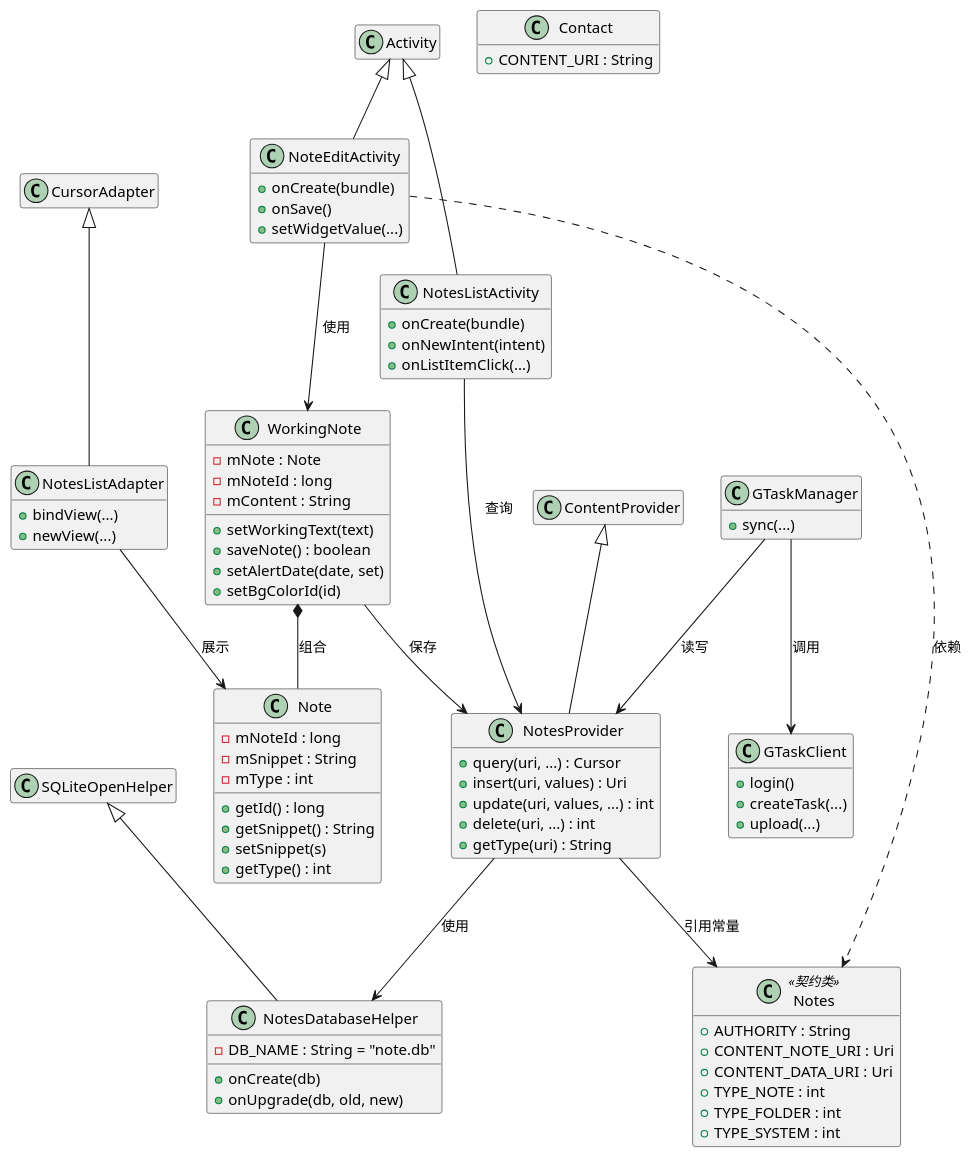
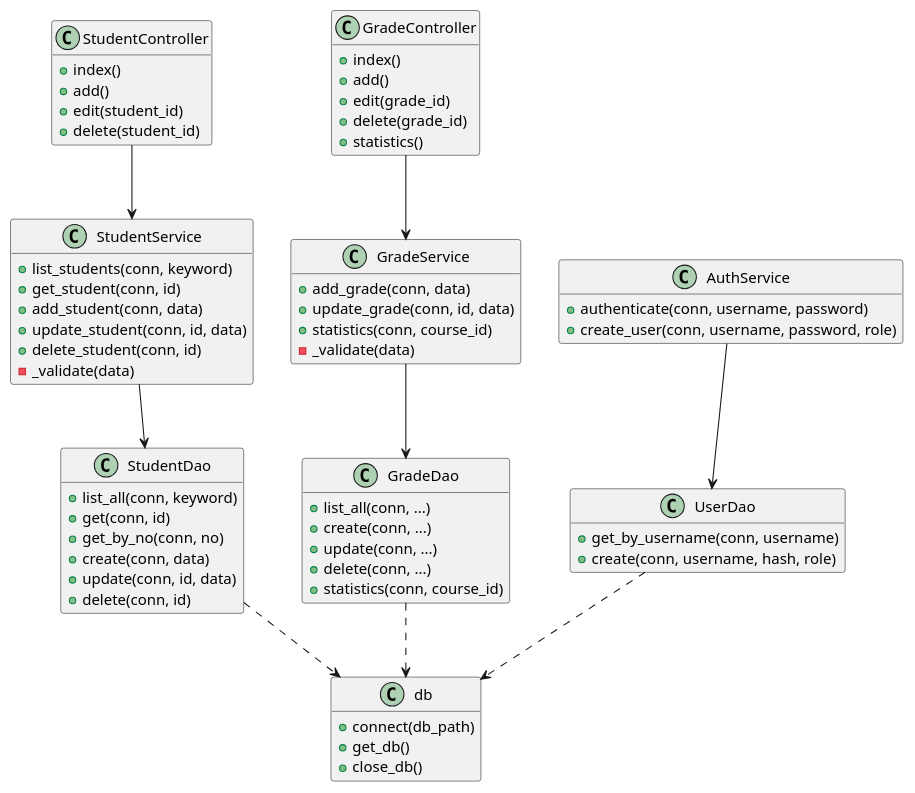
Before and after one commit to otreeevol/project: the diagram in docs/diagrams/class.puml, drawn with PlantUML. The commit also changed 221 other files, not shown here.

```diff
--- a/docs/diagrams/class.puml
+++ b/docs/diagrams/class.puml
@@ -1,100 +1,77 @@
 @startuml
-' 小米便签 —— 详细设计类图
+' 学生信息管理系统 —— 详细设计类图
 hide empty members
 
-class Notes <<契约类>> {
-  +AUTHORITY : String
-  +CONTENT_NOTE_URI : Uri
-  +CONTENT_DATA_URI : Uri
-  +TYPE_NOTE : int
-  +TYPE_FOLDER : int
-  +TYPE_SYSTEM : int
+class StudentController {
+  +index()
+  +add()
+  +edit(student_id)
+  +delete(student_id)
 }
 
-class NotesDatabaseHelper {
-  -DB_NAME : String = "note.db"
-  +onCreate(db)
-  +onUpgrade(db, old, new)
+class StudentService {
+  +list_students(conn, keyword)
+  +get_student(conn, id)
+  +add_student(conn, data)
+  +update_student(conn, id, data)
+  +delete_student(conn, id)
+  -_validate(data)
 }
 
-class NotesProvider {
-  +query(uri, ...) : Cursor
-  +insert(uri, values) : Uri
-  +update(uri, values, ...) : int
-  +delete(uri, ...) : int
-  +getType(uri) : String
+class StudentDao {
+  +list_all(conn, keyword)
+  +get(conn, id)
+  +get_by_no(conn, no)
+  +create(conn, data)
+  +update(conn, id, data)
+  +delete(conn, id)
 }
 
-class Contact {
-  +CONTENT_URI : String
+class GradeController {
+  +index()
+  +add()
+  +edit(grade_id)
+  +delete(grade_id)
+  +statistics()
 }
 
-class Note {
-  -mNoteId : long
-  -mSnippet : String
-  -mType : int
-  +getId() : long
-  +getSnippet() : String
-  +setSnippet(s)
-  +getType() : int
+class GradeService {
+  +add_grade(conn, data)
+  +update_grade(conn, id, data)
+  +statistics(conn, course_id)
+  -_validate(data)
 }
 
-class WorkingNote {
-  -mNote : Note
-  -mNoteId : long
-  -mContent : String
-  +setWorkingText(text)
-  +saveNote() : boolean
-  +setAlertDate(date, set)
-  +setBgColorId(id)
+class GradeDao {
+  +list_all(conn, ...)
+  +create(conn, ...)
+  +update(conn, ...)
+  +delete(conn, ...)
+  +statistics(conn, course_id)
 }
 
-class NotesListActivity {
-  +onCreate(bundle)
-  +onNewIntent(intent)
-  +onListItemClick(...)
+class AuthService {
+  +authenticate(conn, username, password)
+  +create_user(conn, username, password, role)
 }
 
-class NoteEditActivity {
-  +onCreate(bundle)
-  +onSave()
-  +setWidgetValue(...)
+class UserDao {
+  +get_by_username(conn, username)
+  +create(conn, username, hash, role)
 }
 
-class NotesListAdapter {
-  +bindView(...)
-  +newView(...)
+class db {
+  +connect(db_path)
+  +get_db()
+  +close_db()
 }
 
-class GTaskManager {
-  +sync(...)
-}
-
-class GTaskClient {
-  +login()
-  +createTask(...)
-  +upload(...)
-}
-
-class SQLiteOpenHelper
-class ContentProvider
-class Activity
-class CursorAdapter
-
-SQLiteOpenHelper <|-- NotesDatabaseHelper
-ContentProvider <|-- NotesProvider
-Activity <|-- NotesListActivity
-Activity <|-- NoteEditActivity
-CursorAdapter <|-- NotesListAdapter
-
-NotesProvider --> NotesDatabaseHelper : 使用
-NotesProvider --> Notes : 引用常量
-WorkingNote *-- Note : 组合
-WorkingNote --> NotesProvider : 保存
-NoteEditActivity --> WorkingNote : 使用
-NotesListActivity --> NotesProvider : 查询
-NotesListAdapter --> Note : 展示
-GTaskManager --> GTaskClient : 调用
-GTaskManager --> NotesProvider : 读写
-NoteEditActivity ..> Notes : 依赖
+StudentController --> StudentService
+StudentService --> StudentDao
+GradeController --> GradeService
+GradeService --> GradeDao
+AuthService --> UserDao
+StudentDao ..> db
+GradeDao ..> db
+UserDao ..> db
 @enduml
```
